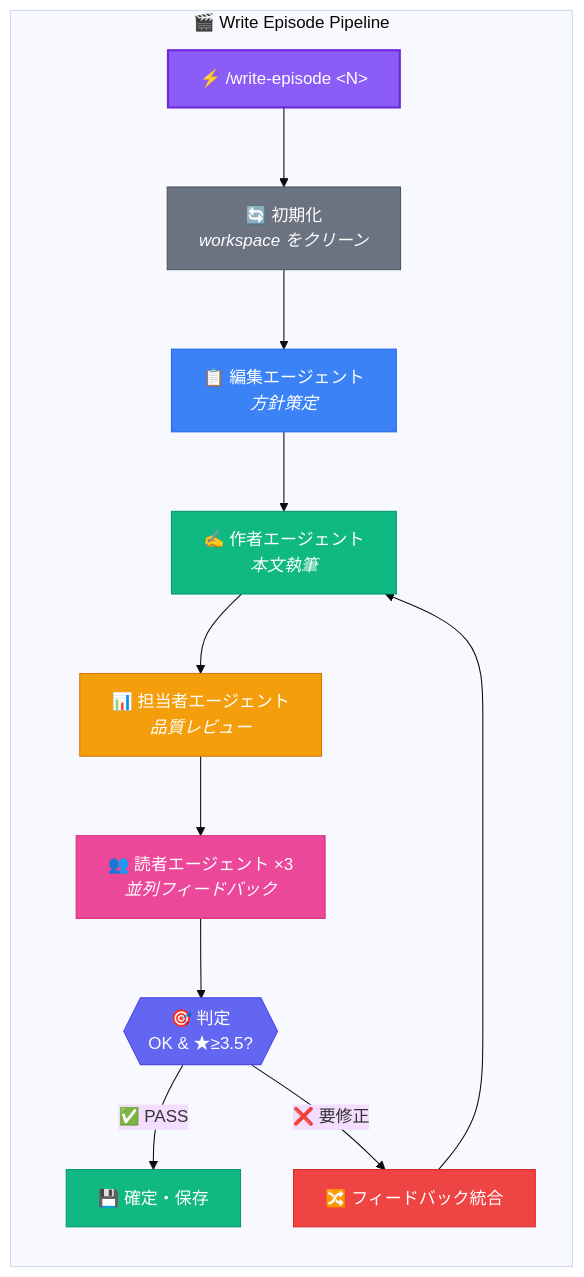
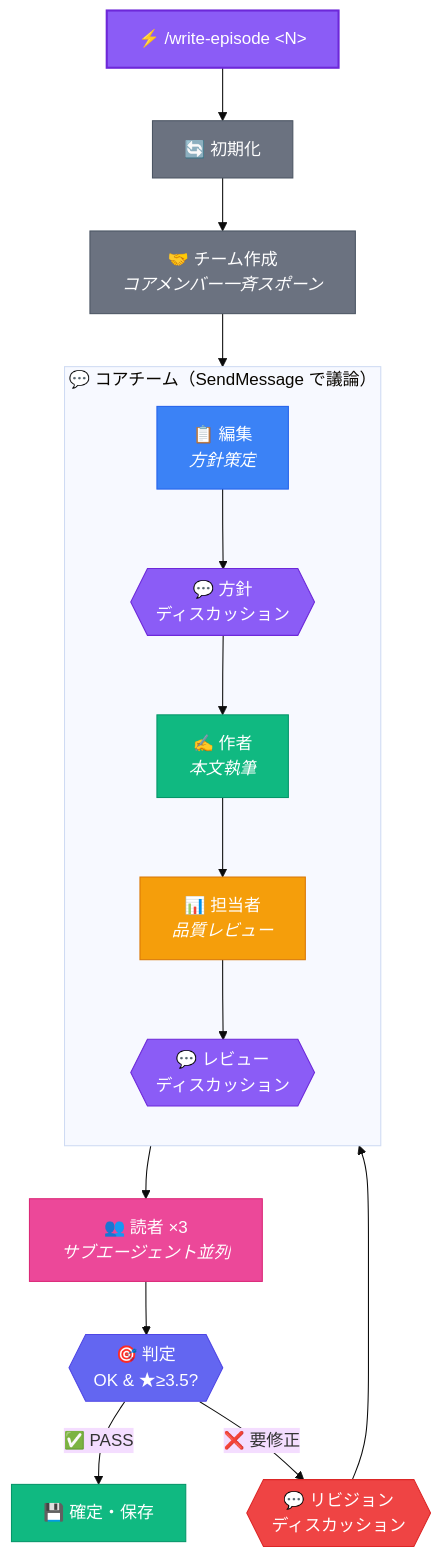
The first of 2 diagrams in README.md (finelagusaz/Agentic_Novel), drawn with Mermaid (base theme) before and after one commit. The commit also changed other lines of this file, not shown here.

Commit message:
docs: README フロー図・セクションを創発的議論モデルに更新
- Mermaid フロー図をチーム作成・ディスカッションステップ(2D/4D/6.5D)対応に刷新
- エージェント一覧にチームメンバー/サブエージェントの方式を追記
- Episodes バッジを 12/20 に更新、Gantt に第12話「追手」を反映
- workspace ツリーに discussion-log.md を追加
- ルールセクションを SendMessage 直接通信モデルに更新
- 設計思想に「創発的議論」を追加

````diff
--- a/README.md
+++ b/README.md
@@ -48,28 +48,42 @@
 ```mermaid
 graph TB
-    subgraph "🎬 Write Episode Pipeline"
+    CMD["⚡ /write-episode &lt;N&gt;"]
+
+    CMD --> INIT["🔄 初期化"]
+    INIT --> TEAM["🤝 チーム作成<br><i>コアメンバー一斉スポーン</i>"]
+
+    subgraph CORE ["💬 コアチーム（SendMessage で議論）"]
         direction TB
-        CMD["⚡ /write-episode &lt;N&gt;"]
-        
-        CMD --> INIT["🔄 初期化<br><i>workspace をクリーン</i>"]
-        INIT --> ED["📋 編集エージェント<br><i>方針策定</i>"]
-        ED --> AU["✍️ 作者エージェント<br><i>本文執筆</i>"]
-        AU --> MG["📊 担当者エージェント<br><i>品質レビュー</i>"]
-        MG --> RD["👥 読者エージェント ×3<br><i>並列フィードバック</i>"]
-        
-        RD --> JG{{"🎯 判定<br>OK &amp; ★≥3.5?"}}
-        JG -- "✅ PASS" --> SAVE["💾 確定・保存"]
-        JG -- "❌ 要修正" --> FB["🔀 フィードバック統合"]
-        FB --> AU
+        ED["📋 編集<br><i>方針策定</i>"]
+        D2D{{"💬 方針<br>ディスカッション"}}
+        AU["✍️ 作者<br><i>本文執筆</i>"]
+        MG["📊 担当者<br><i>品質レビュー</i>"]
+        D4D{{"💬 レビュー<br>ディスカッション"}}
+
+        ED --> D2D
+        D2D --> AU
+        AU --> MG
+        MG --> D4D
     end
 
+    TEAM --> ED
+
+    D4D --> RD["👥 読者 ×3<br><i>サブエージェント並列</i>"]
+    RD --> JG{{"🎯 判定<br>OK &amp; ★≥3.5?"}}
+    JG -- "✅ PASS" --> SAVE["💾 確定・保存"]
+    JG -- "❌ 要修正" --> D65{{"💬 リビジョン<br>ディスカッション"}}
+    D65 --> AU
+
     style CMD fill:#8B5CF6,stroke:#6D28D9,color:#fff,stroke-width:2px
+    style TEAM fill:#6B7280,stroke:#4B5563,color:#fff
     style ED fill:#3B82F6,stroke:#2563EB,color:#fff
     style AU fill:#10B981,stroke:#059669,color:#fff
     style MG fill:#F59E0B,stroke:#D97706,color:#fff
     style RD fill:#EC4899,stroke:#DB2777,color:#fff
     style JG fill:#6366F1,stroke:#4F46E5,color:#fff
     style SAVE fill:#10B981,stroke:#059669,color:#fff
-    style FB fill:#EF4444,stroke:#DC2626,color:#fff
     style INIT fill:#6B7280,stroke:#4B5563,color:#fff
+    style D2D fill:#8B5CF6,stroke:#6D28D9,color:#fff
+    style D4D fill:#8B5CF6,stroke:#6D28D9,color:#fff
+    style D65 fill:#EF4444,stroke:#DC2626,color:#fff
 ```
````
